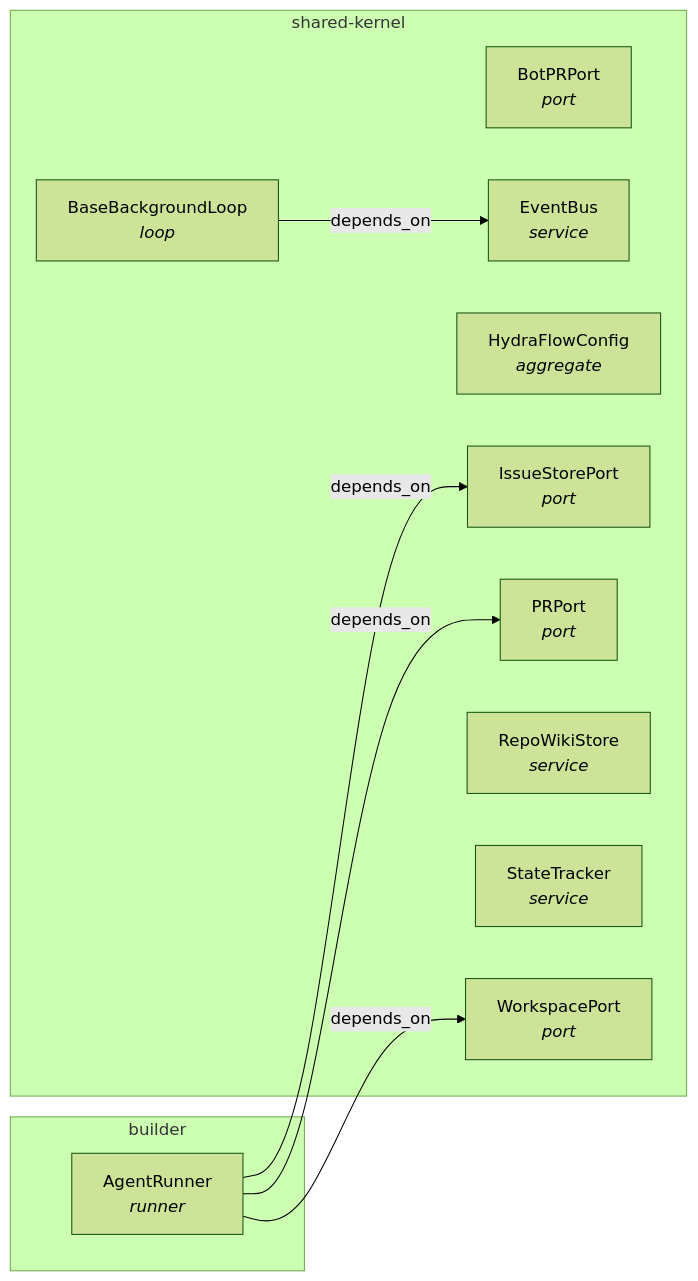
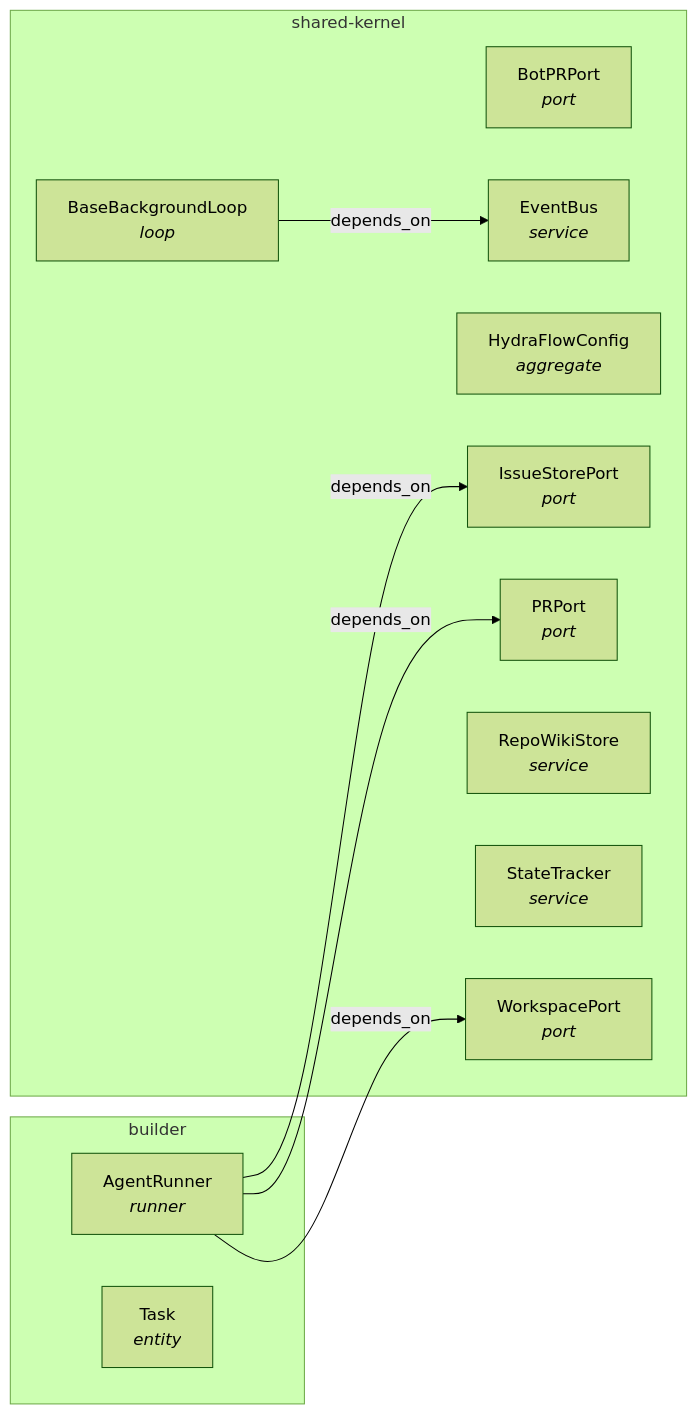
The diagram in docs/arch/generated/ubiquitous-language-context-map.md (T-rav/hyrdaflow), drawn with Mermaid (forest theme) before and after one commit. The commit also changed 11 other files, not shown here.

````diff
--- a/docs/arch/generated/ubiquitous-language-context-map.md
+++ b/docs/arch/generated/ubiquitous-language-context-map.md
@@ -5,21 +5,22 @@
 ```mermaid
 graph LR
   subgraph builder
     AgentRunner["AgentRunner<br/><i>runner</i>"]
+    Task["Task<br/><i>entity</i>"]
   end
   subgraph shared-kernel
     BaseBackgroundLoop["BaseBackgroundLoop<br/><i>loop</i>"]
     BotPRPort["BotPRPort<br/><i>port</i>"]
     EventBus["EventBus<br/><i>service</i>"]
     HydraFlowConfig["HydraFlowConfig<br/><i>aggregate</i>"]
     IssueStorePort["IssueStorePort<br/><i>port</i>"]
     PRPort["PRPort<br/><i>port</i>"]
     RepoWikiStore["RepoWikiStore<br/><i>service</i>"]
     StateTracker["StateTracker<br/><i>service</i>"]
     WorkspacePort["WorkspacePort<br/><i>port</i>"]
   end
   AgentRunner -->|depends_on| PRPort
   AgentRunner -->|depends_on| WorkspacePort
   AgentRunner -->|depends_on| IssueStorePort
   BaseBackgroundLoop -->|depends_on| EventBus
 ```
````
